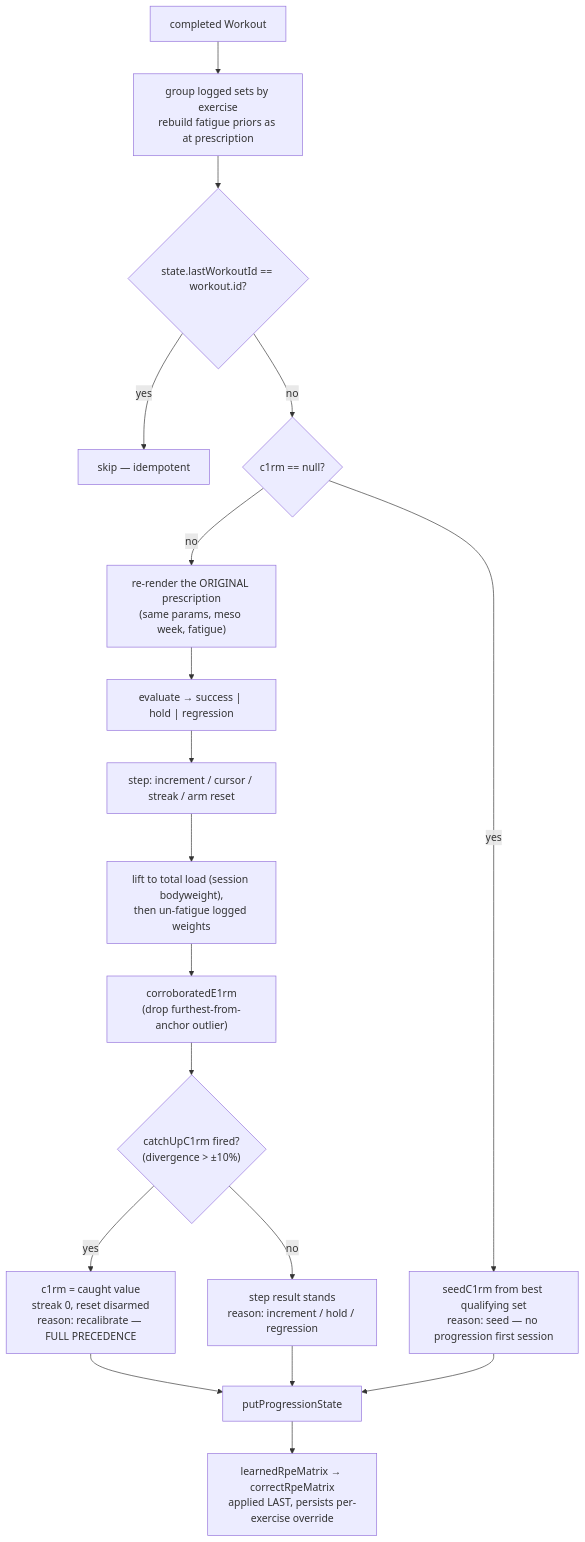
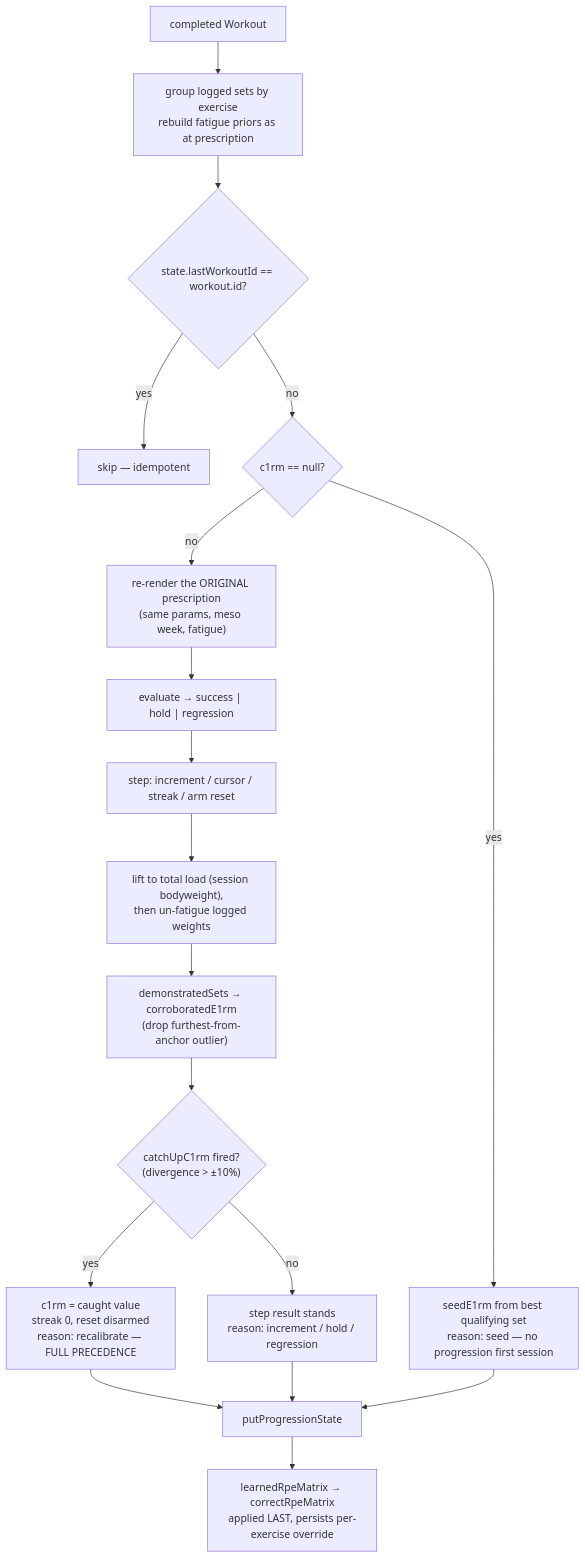
Before and after one commit to jthies73/yafa-pwa: the first of 2 diagrams in docs/evaluation/applying-results.md, drawn with Mermaid. The commit also changed other lines of this file and 29 other files, not shown here.

````diff
--- a/docs/evaluation/applying-results.md
+++ b/docs/evaluation/applying-results.md
@@ -26,20 +26,20 @@
 ```mermaid
 flowchart TD
     WK["completed Workout"] --> GROUP["group logged sets by exercise<br/>rebuild fatigue priors as at prescription"]
     GROUP --> GUARD{"state.lastWorkoutId == workout.id?"}
     GUARD -->|yes| SKIP["skip — idempotent"]
     GUARD -->|no| COLD{"c1rm == null?"}
-    COLD -->|yes| SEED["seedC1rm from best qualifying set<br/>reason: seed — no progression first session"]
+    COLD -->|yes| SEED["seedE1rm from best qualifying set<br/>reason: seed — no progression first session"]
     COLD -->|no| RERENDER["re-render the ORIGINAL prescription<br/>(same params, meso week, fatigue)"]
     RERENDER --> EVAL["evaluate → success | hold | regression"]
     EVAL --> STEP["step: increment / cursor / streak / arm reset"]
     STEP --> UNFAT["lift to total load (session bodyweight),<br/>then un-fatigue logged weights"]
-    UNFAT --> CORR["corroboratedE1rm<br/>(drop furthest-from-anchor outlier)"]
+    UNFAT --> CORR["demonstratedSets → corroboratedE1rm<br/>(drop furthest-from-anchor outlier)"]
     CORR --> CATCH{"catchUpC1rm fired?<br/>(divergence > ±10%)"}
     CATCH -->|yes| RECAL["c1rm = caught value<br/>streak 0, reset disarmed<br/>reason: recalibrate — FULL PRECEDENCE"]
     CATCH -->|no| KEEP["step result stands<br/>reason: increment / hold / regression"]
     RECAL --> PUT["putProgressionState"]
     KEEP --> PUT
     SEED --> PUT
     PUT --> LEARN["learnedRpeMatrix → correctRpeMatrix<br/>applied LAST, persists per-exercise override"]
 ```
````
